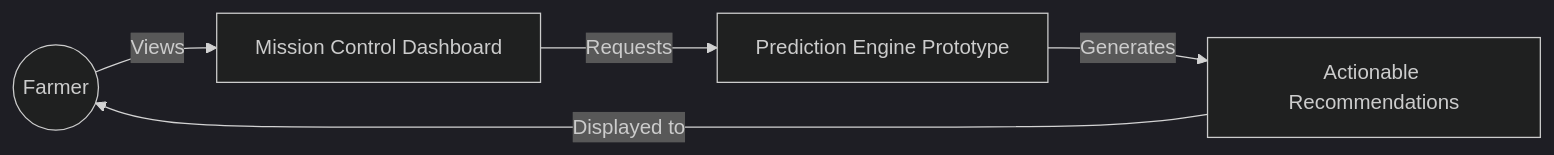
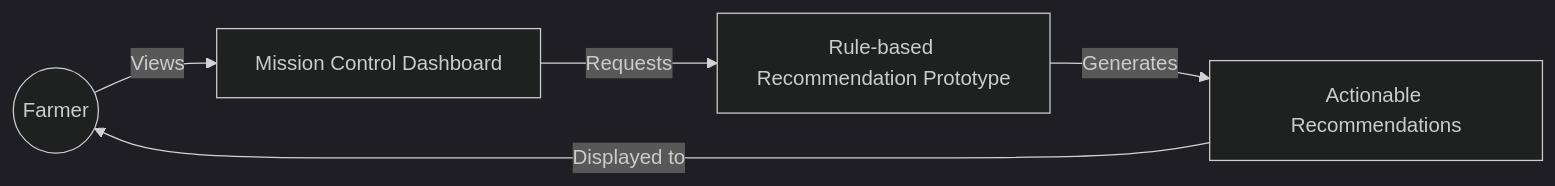
One commit to sohansa035-bot/TerraSense changed the first of 2 diagrams in README.md. Above: the diagram before and after it, drawn with Mermaid (dark theme). The commit also changed other lines of this file and 1 other file, not shown here.

````diff
--- a/README.md
+++ b/README.md
@@ -87,12 +88,12 @@
 ```mermaid
 graph LR
     Farmer((Farmer))
     Dash[Mission Control Dashboard]
-    Engine[Prediction Engine Prototype]
+    Engine[Rule-based Recommendation Prototype]
     Recs[Actionable Recommendations]
 
     Farmer -->|Views| Dash
     Dash -->|Requests| Engine
     Engine -->|Generates| Recs
     Recs -->|Displayed to| Farmer
 ```
````
